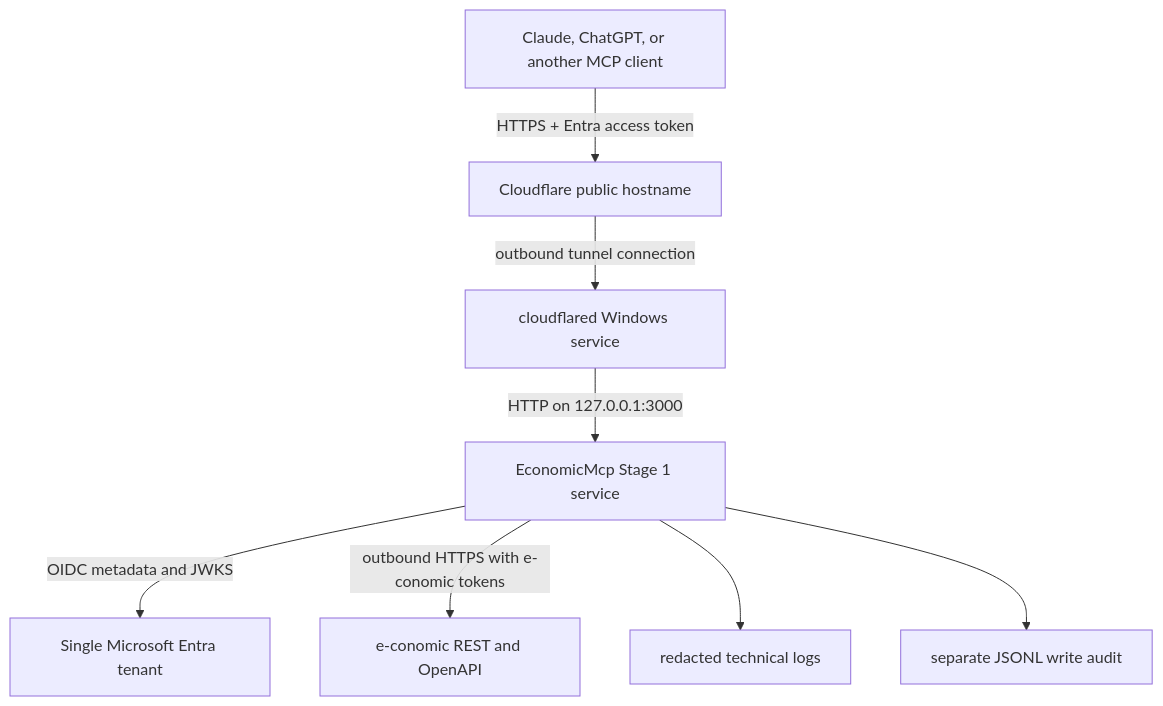
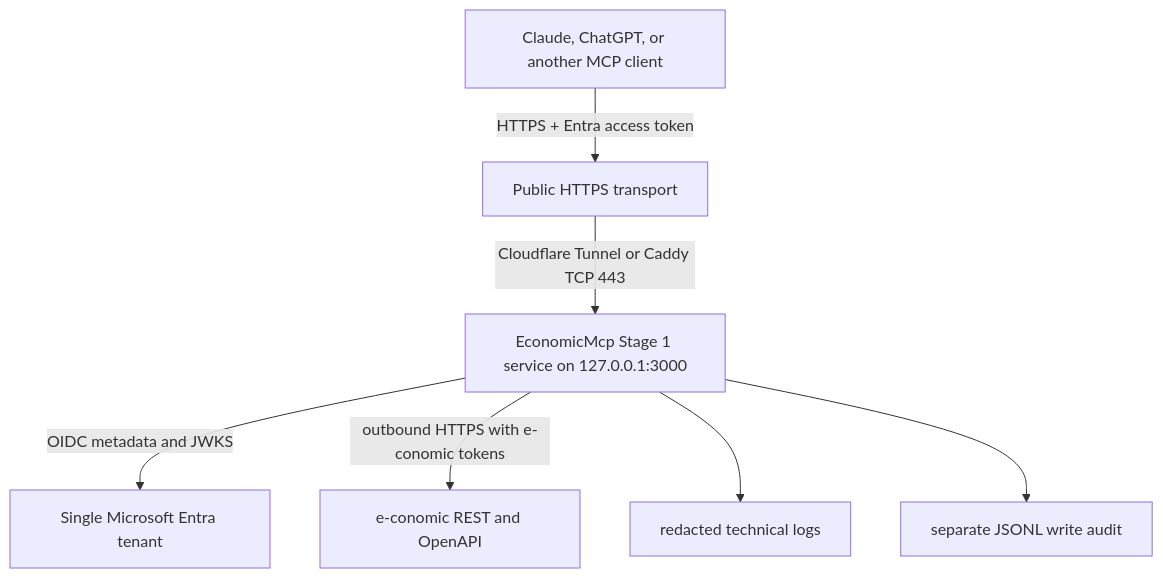
Before and after one commit to Bjarkevillumsen/mcp-server-e-conomic: the diagram in docs/ARCHITECTURE.md, drawn with Mermaid. The commit also changed other lines of this file and 21 other files, not shown here.

Commit message:
add Caddy Windows deployment for Stage 1

````diff
--- a/docs/ARCHITECTURE.md
+++ b/docs/ARCHITECTURE.md
@@ -5,10 +5,9 @@
 ```mermaid
 flowchart TD
-    Client["Claude, ChatGPT, or another MCP client"] -->|"HTTPS + Entra access token"| CF["Cloudflare public hostname"]
-    CF -->|"outbound tunnel connection"| CFD["cloudflared Windows service"]
-    CFD -->|"HTTP on 127.0.0.1:3000"| MCP["EconomicMcp Stage 1 service"]
+    Client["Claude, ChatGPT, or another MCP client"] -->|"HTTPS + Entra access token"| Edge["Public HTTPS transport"]
+    Edge -->|"Cloudflare Tunnel or Caddy TCP 443"| MCP["EconomicMcp Stage 1 service on 127.0.0.1:3000"]
     MCP -->|"OIDC metadata and JWKS"| Entra["Single Microsoft Entra tenant"]
     MCP -->|"outbound HTTPS with e-conomic tokens"| Economic["e-conomic REST and OpenAPI"]
     MCP --> Logs["redacted technical logs"]
     MCP --> Audit["separate JSONL write audit"]
 ```
````
